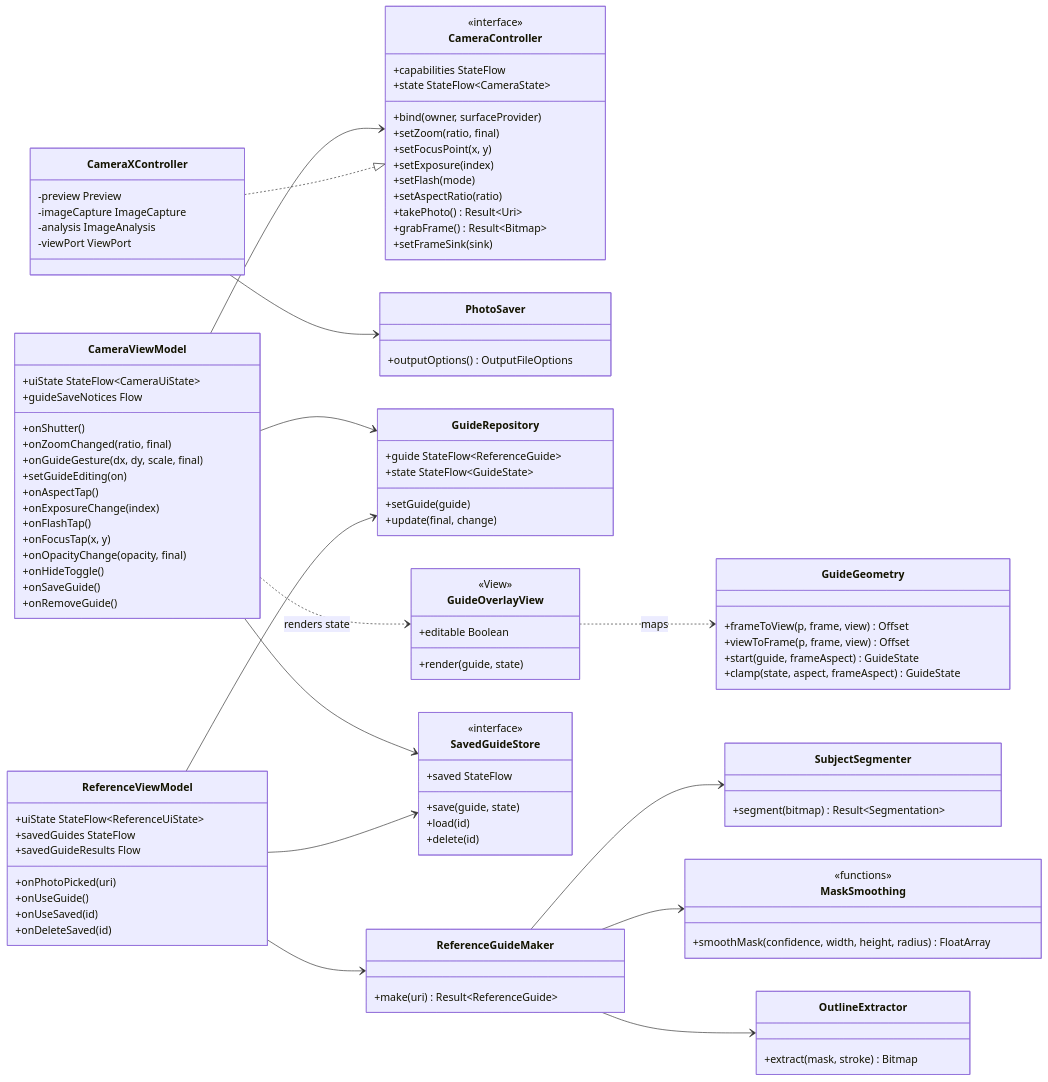
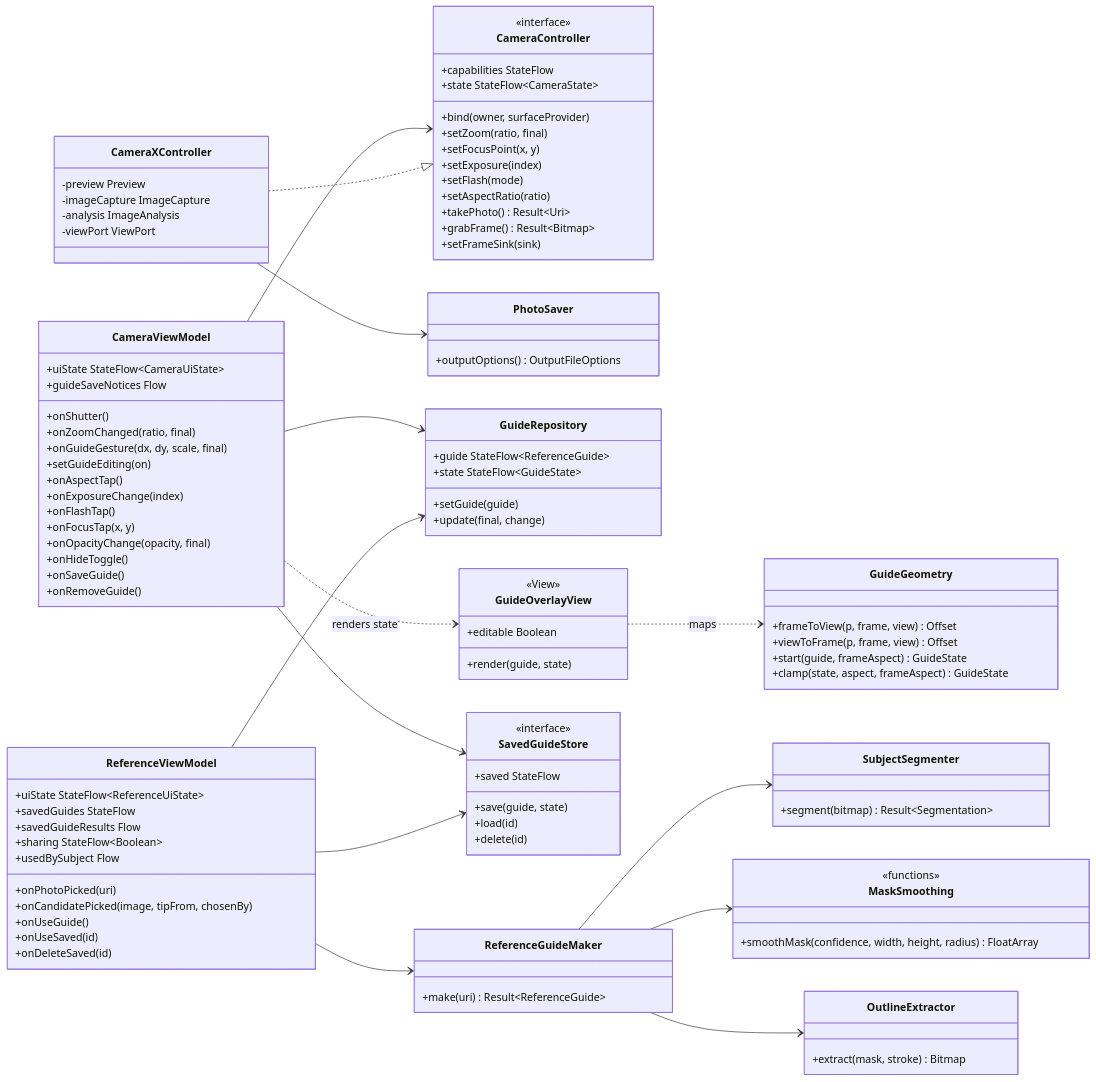
The sixth of 12 diagrams in wiki/Design-Documentation.md (snuhcs-course/swpp-2026-project-team-10), drawn with Mermaid before and after one commit. The commit also changed other lines of this file and 35 other files, not shown here.

```diff
--- a/wiki/Design-Documentation.md
+++ b/wiki/Design-Documentation.md
@@ -500,7 +502,10 @@
     +uiState StateFlow~ReferenceUiState~
     +savedGuides StateFlow
     +savedGuideResults Flow
+    +sharing StateFlow~Boolean~
+    +usedBySubject Flow
     +onPhotoPicked(uri)
+    +onCandidatePicked(image, tipFrom, chosenBy)
     +onUseGuide()
     +onUseSaved(id)
     +onDeleteSaved(id)
```
